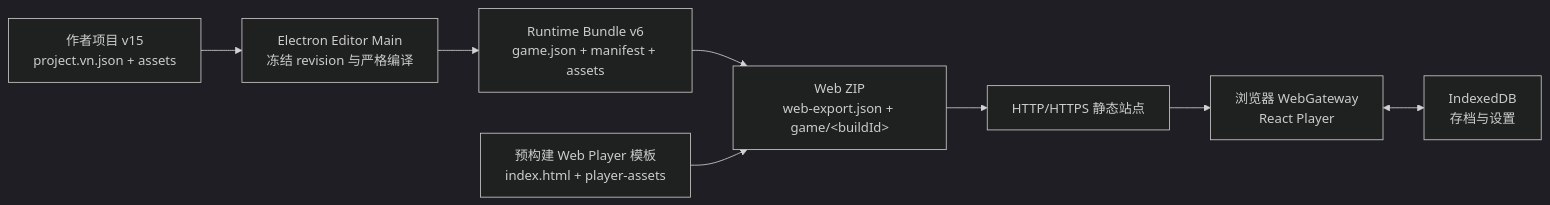
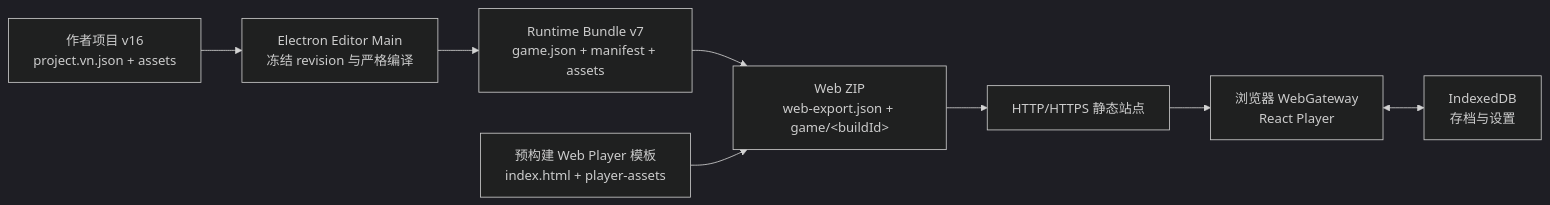
One commit to DarkboyRyan/Scratch-Novel-Engine changed the first of 2 diagrams in docs/web-player-export.md. Above: the diagram before and after it, drawn with Mermaid (dark theme). The commit also changed other lines of this file and 115 other files, not shown here.

````diff
--- a/docs/web-player-export.md
+++ b/docs/web-player-export.md
@@ -51,16 +52,16 @@
 ```mermaid
 flowchart LR
-  AUTHOR["作者项目 v15<br/>project.vn.json + assets"]
+  AUTHOR["作者项目 v16<br/>project.vn.json + assets"]
   EDITOR["Electron Editor Main<br/>冻结 revision 与严格编译"]
-  RUNTIME["Runtime Bundle v6<br/>game.json + manifest + assets"]
+  RUNTIME["Runtime Bundle v7<br/>game.json + manifest + assets"]
   TEMPLATE["预构建 Web Player 模板<br/>index.html + player-assets"]
   ZIP["Web ZIP<br/>web-export.json + game/&lt;buildId&gt;"]
   HOST["HTTP/HTTPS 静态站点"]
   WEB["浏览器 WebGateway<br/>React Player"]
   STORAGE["IndexedDB<br/>存档与设置"]
 
   AUTHOR --> EDITOR --> RUNTIME --> ZIP
   TEMPLATE --> ZIP
   ZIP --> HOST --> WEB
   WEB <--> STORAGE
 ```
````
